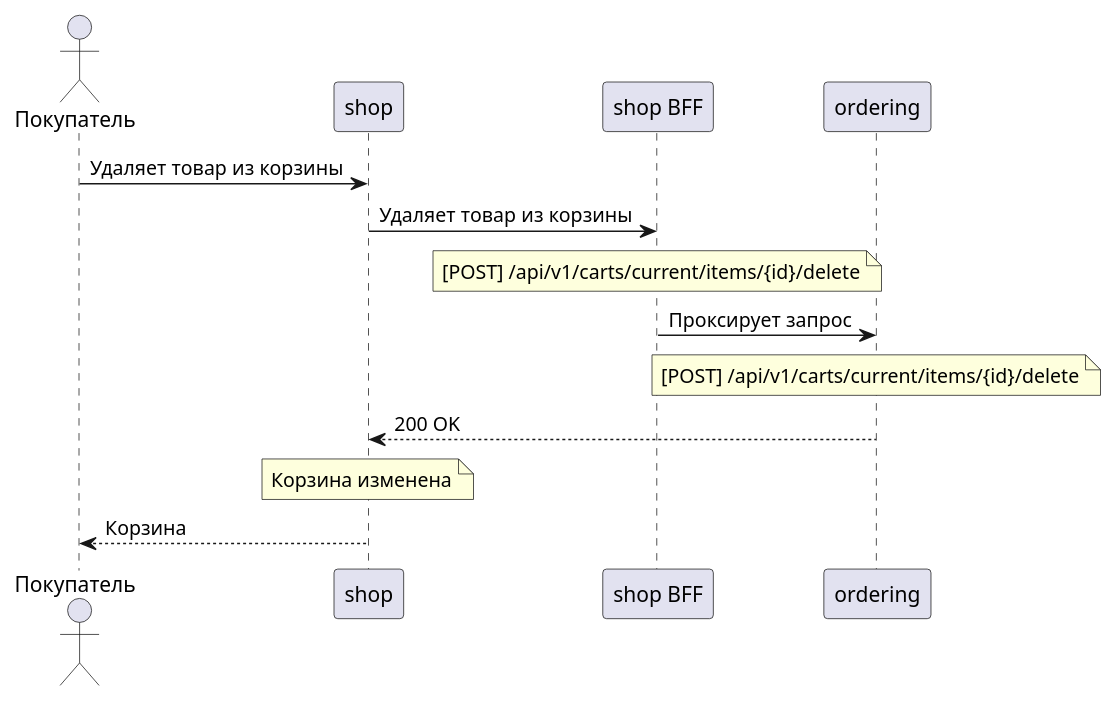
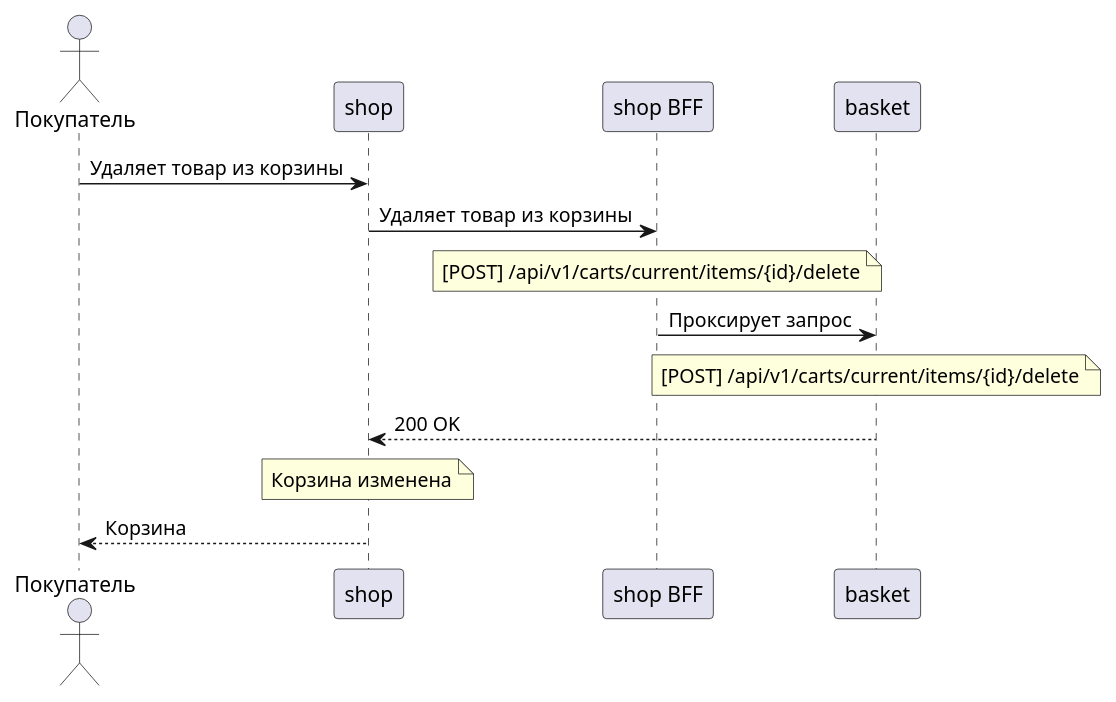
One commit to gerzhan/knigaexpert-system-design changed the diagram in services/ordering/use-cases/uc-2.md. Above: the diagram before and after it, drawn with PlantUML. The commit also changed 18 other files, not shown here.

````diff
--- a/services/ordering/use-cases/uc-2.md
+++ b/services/ordering/use-cases/uc-2.md
@@ -3,17 +3,17 @@
 ```plantuml
 actor "Покупатель" as customer
 participant "shop" as shop_app
 participant "shop BFF" as shop_bff
-participant "ordering" as ordering
+participant "basket" as basket
 
 customer -> shop_app: Удаляет товар из корзины
 shop_app -> shop_bff: Удаляет товар из корзины
 note over shop_bff: [POST] /api/v1/carts/current/items/{id}/delete
 
-shop_bff -> ordering: Проксирует запрос
-note over ordering: [POST] /api/v1/carts/current/items/{id}/delete
+shop_bff -> basket: Проксирует запрос
+note over basket: [POST] /api/v1/carts/current/items/{id}/delete
 
-shop_app <--  ordering: 200 OK
+shop_app <--  basket: 200 OK
 note over shop_app: Корзина изменена
 customer <--  shop_app: Корзина
 ```
````
